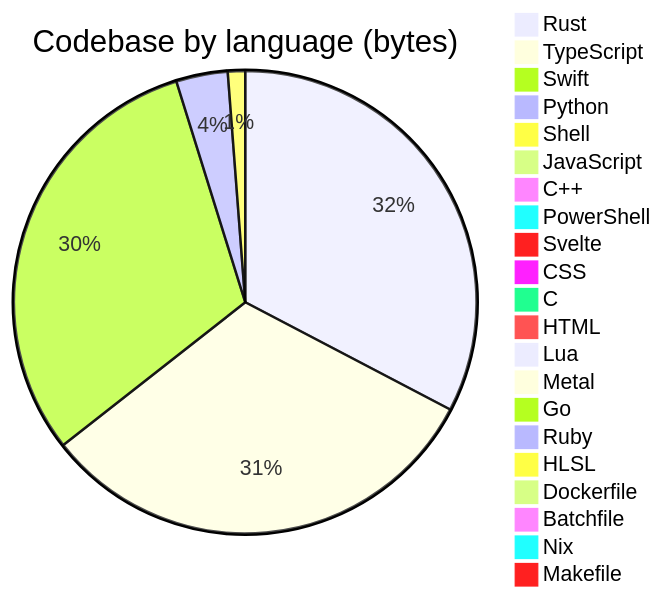
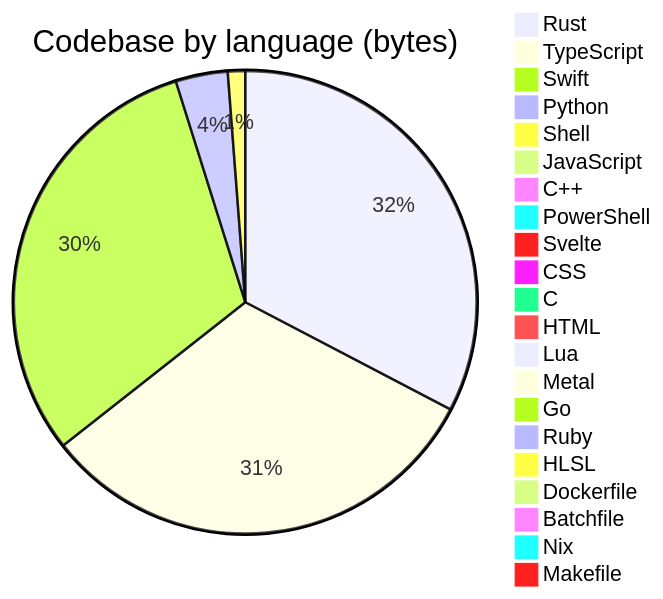
The diagram in profile/README.md (Open330/.github), drawn with Mermaid before and after one commit. The commit also changed other lines of this file and 1 other file, not shown here.

````diff
--- a/profile/README.md
+++ b/profile/README.md
@@ -138,24 +138,24 @@
 ```mermaid
 pie title Codebase by language (bytes)
     "Rust" : 37474987
     "TypeScript" : 36397615
     "Swift" : 35299593
-    "Python" : 4131532
-    "Shell" : 1387616
+    "Python" : 4169733
+    "Shell" : 1388794
     "JavaScript" : 677910
     "C++" : 388775
     "PowerShell" : 333788
     "Svelte" : 275766
     "CSS" : 221755
     "C" : 197825
     "HTML" : 124303
     "Lua" : 48814
     "Metal" : 33192
     "Go" : 22811
     "Ruby" : 8651
     "HLSL" : 7527
     "Dockerfile" : 6402
     "Batchfile" : 5660
     "Nix" : 3168
     "Makefile" : 1692
 ```
````
